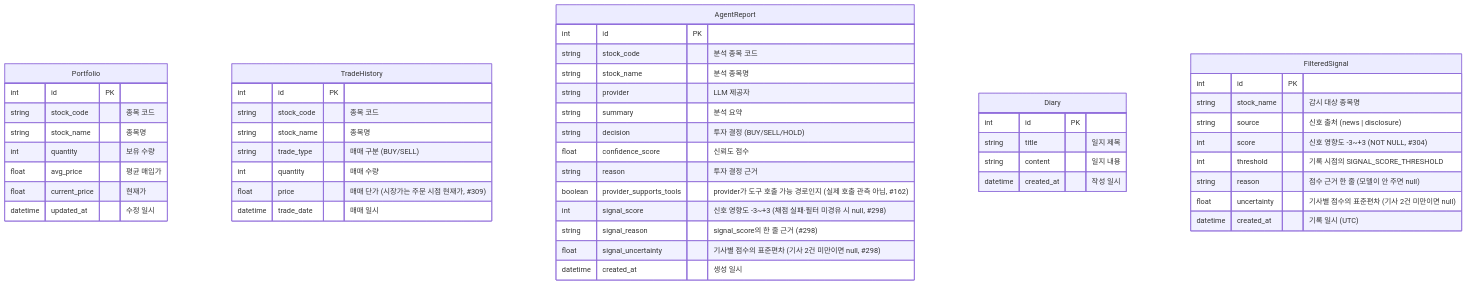
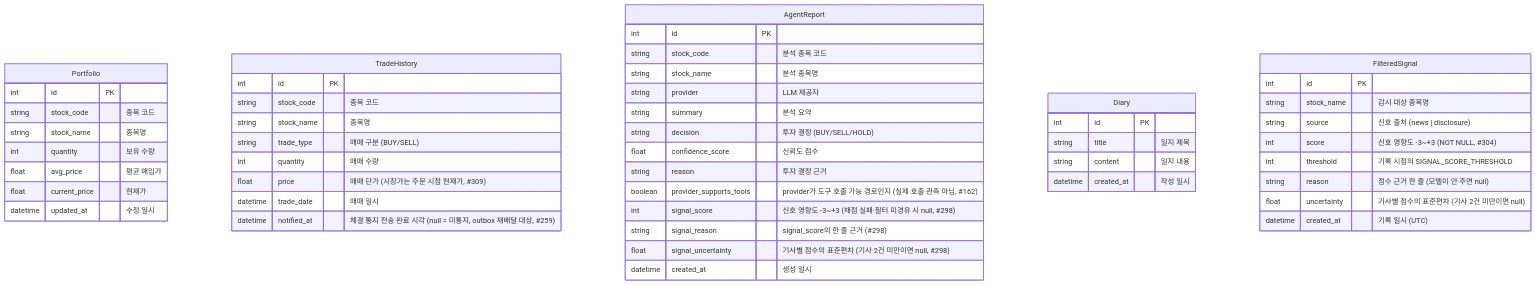
One commit to FIN-US/fin-us changed the diagram in backend/schema_docs.md. Above: the diagram before and after it, drawn with Mermaid. The commit also changed other lines of this file and 15 other files, not shown here.

````diff
--- a/backend/schema_docs.md
+++ b/backend/schema_docs.md
@@ -7,52 +7,53 @@
 ```mermaid
 erDiagram
     Portfolio {
         int id PK
         string stock_code "종목 코드"
         string stock_name "종목명"
         int quantity "보유 수량"
         float avg_price "평균 매입가"
         float current_price "현재가"
         datetime updated_at "수정 일시"
     }
     TradeHistory {
         int id PK
         string stock_code "종목 코드"
         string stock_name "종목명"
         string trade_type "매매 구분 (BUY/SELL)"
         int quantity "매매 수량"
         float price "매매 단가 (시장가는 주문 시점 현재가, #309)"
         datetime trade_date "매매 일시"
+        datetime notified_at "체결 통지 전송 완료 시각 (null = 미통지, outbox 재배달 대상, #259)"
     }
     AgentReport {
         int id PK
         string stock_code "분석 종목 코드"
         string stock_name "분석 종목명"
         string provider "LLM 제공자"
         string summary "분석 요약"
         string decision "투자 결정 (BUY/SELL/HOLD)"
         float confidence_score "신뢰도 점수"
         string reason "투자 결정 근거"
         boolean provider_supports_tools "provider가 도구 호출 가능 경로인지 (실제 호출 관측 아님, #162)"
         int signal_score "신호 영향도 -3~+3 (채점 실패·필터 미경유 시 null, #298)"
         string signal_reason "signal_score의 한 줄 근거 (#298)"
         float signal_uncertainty "기사별 점수의 표준편차 (기사 2건 미만이면 null, #298)"
         datetime created_at "생성 일시"
     }
     Diary {
         int id PK
         string title "일지 제목"
         string content "일지 내용"
         datetime created_at "작성 일시"
     }
     FilteredSignal {
         int id PK
         string stock_name "감시 대상 종목명"
         string source "신호 출처 (news | disclosure)"
         int score "신호 영향도 -3~+3 (NOT NULL, #304)"
         int threshold "기록 시점의 SIGNAL_SCORE_THRESHOLD"
         string reason "점수 근거 한 줄 (모델이 안 주면 null)"
         float uncertainty "기사별 점수의 표준편차 (기사 2건 미만이면 null)"
         datetime created_at "기록 일시 (UTC)"
     }
 ```
````
